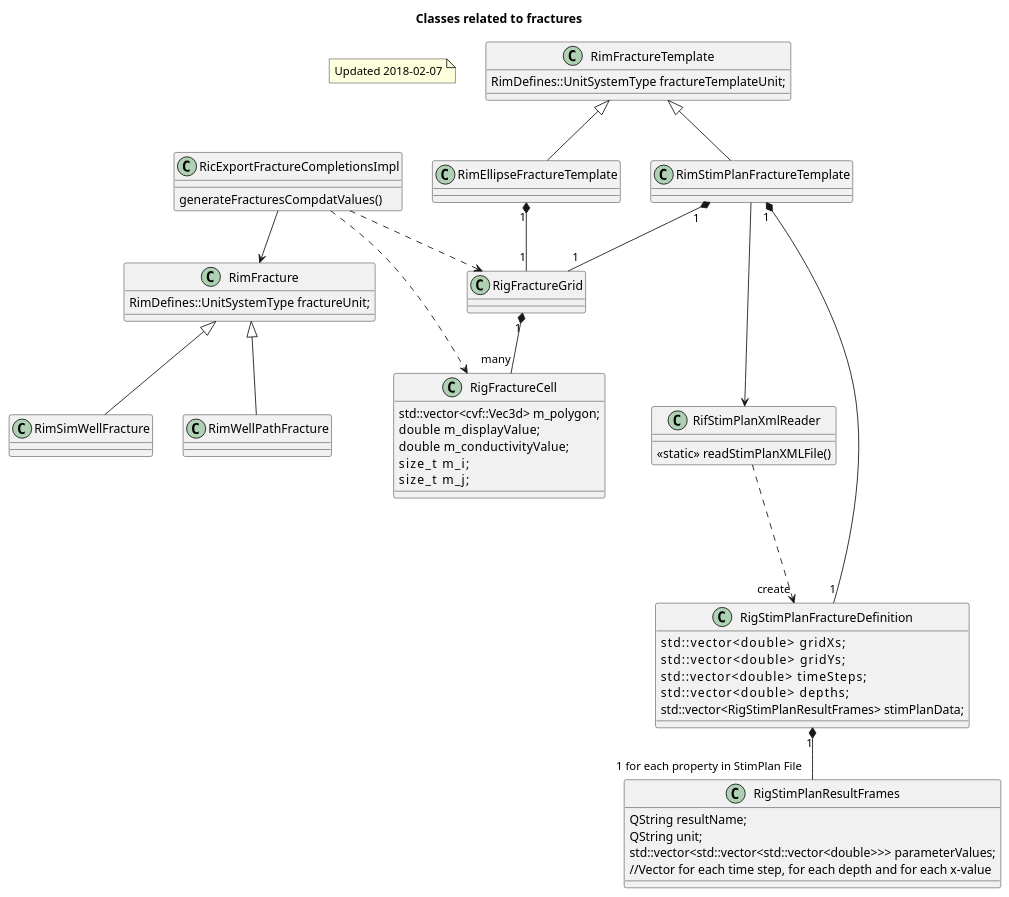
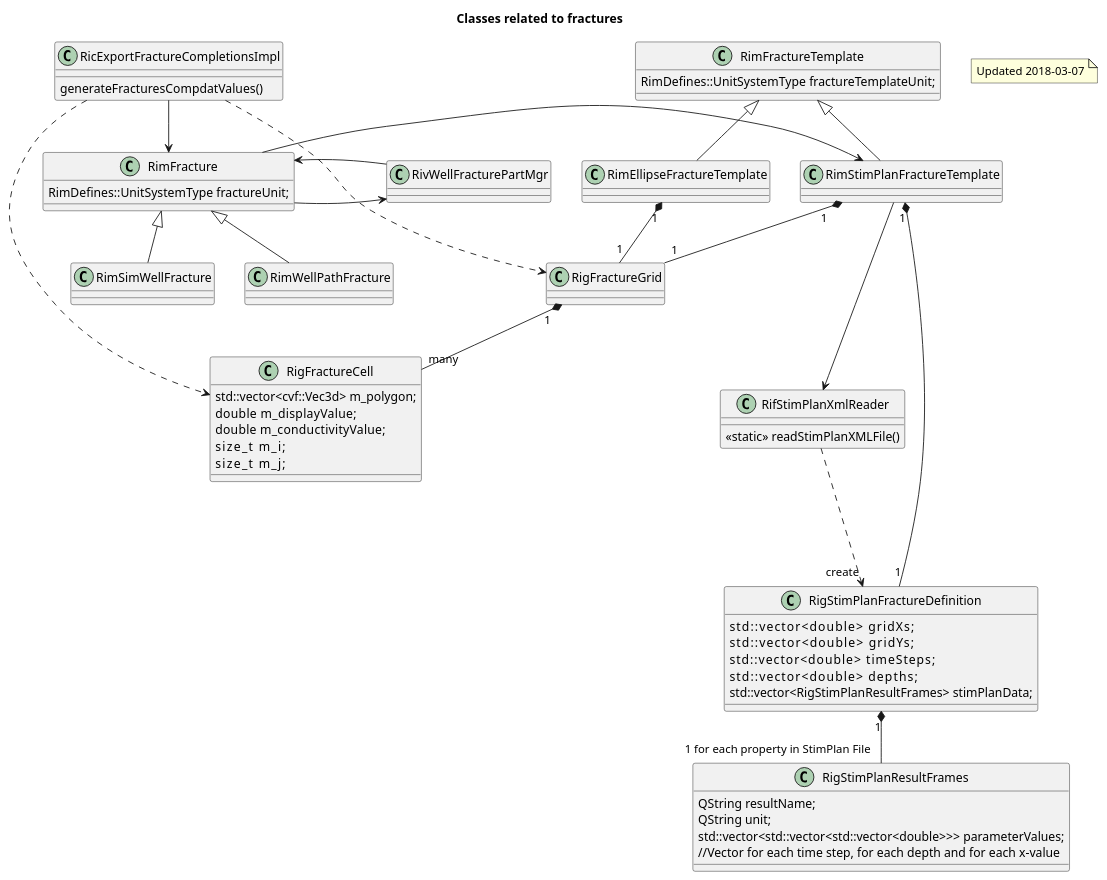
Before and after one commit to OPM/ResInsight: the diagram in doc/fracture_clases.plantuml, drawn with PlantUML. The commit also changed 7 other files, not shown here.

```diff
--- a/doc/fracture_clases.plantuml
+++ b/doc/fracture_clases.plantuml
@@ -1,89 +1,93 @@
 @startuml
 
 Title Classes related to fractures
 
 note as N1
- Updated 2018-02-07
+ Updated 2018-03-07
 end note
 
 class RimFracture {
 RimDefines::UnitSystemType fractureUnit;
 }
 
 class RimSimWellFracture {
 }
 class RimWellPathFracture {
 }
 
 
 RimFracture <|-- RimSimWellFracture
 RimFracture <|-- RimWellPathFracture
 
+RimFracture -> RimStimPlanFractureTemplate
+
+RimFracture -> RivWellFracturePartMgr
+RivWellFracturePartMgr ->RimFracture
 
 class RimFractureTemplate {
 RimDefines::UnitSystemType fractureTemplateUnit;
 }
 
 class RimEllipseFractureTemplate {
 }
 class RimStimPlanFractureTemplate {
 }
 
 class RifStimPlanXmlReader {
 	<<static>> readStimPlanXMLFile()
 }
 
 RimFractureTemplate <|-- RimEllipseFractureTemplate
 RimFractureTemplate <|-- RimStimPlanFractureTemplate
 
 class RigStimPlanFractureDefinition{
     std::vector<double>          gridXs;
     std::vector<double>          gridYs;
     std::vector<double>          timeSteps;
     std::vector<double>          depths;
     std::vector<RigStimPlanResultFrames> stimPlanData;
 
 }
 
 class RigFractureCell{
     std::vector<cvf::Vec3d> m_polygon;
     double   m_displayValue;
     double   m_conductivityValue;
     size_t     m_i;
     size_t     m_j;
 
 
 }
 
 class RigFractureGrid{
 }
 
 
 RimStimPlanFractureTemplate "1" *-- "1" RigStimPlanFractureDefinition
 RimStimPlanFractureTemplate "1" *-- "1" RigFractureGrid
 RimEllipseFractureTemplate "1" *-- "1" RigFractureGrid
 RigFractureGrid "1" *-- "many" RigFractureCell
 
 class RigStimPlanResultFrames{
     QString resultName;
     QString unit;
     std::vector<std::vector<std::vector<double>>> parameterValues;
     //Vector for each time step, for each depth and for each x-value
 
 }
 
 RigStimPlanFractureDefinition "1" *-- "1 for each property in StimPlan File" RigStimPlanResultFrames
 
 RicExportFractureCompletionsImpl --> RimFracture 
 RicExportFractureCompletionsImpl ..> RigFractureGrid
 RicExportFractureCompletionsImpl ..> RigFractureCell
 
 
 class RicExportFractureCompletionsImpl{
 generateFracturesCompdatValues()
 }
 
 RimStimPlanFractureTemplate ---> RifStimPlanXmlReader
 RifStimPlanXmlReader ...> "create" RigStimPlanFractureDefinition
 
 @enduml
```
